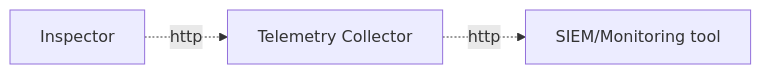
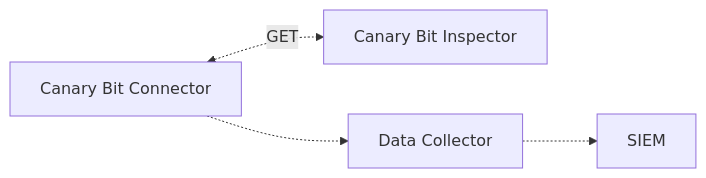
One commit to canarybit/cc-docs changed the diagram in docs/tools/siem-integration.md. Above: the diagram before and after it, drawn with Mermaid. The commit also changed other lines of this file and 2 other files, not shown here.

Commit message:
Adds SIEM images and improves the page content

````diff
--- a/docs/tools/siem-integration.md
+++ b/docs/tools/siem-integration.md
@@ -10,4 +10,5 @@
 ```mermaid
 graph LR
-    A[Inspector] -.http.-> B[Telemetry Collector] -.http.-> C[SIEM/Monitoring tool]
+    B[Canary Bit Connector] <-.GET.-> A[Canary Bit Inspector] 
+    B[Canary Bit Connector] -.-> C[Data Collector] -.-> D[SIEM]
 ```
````
